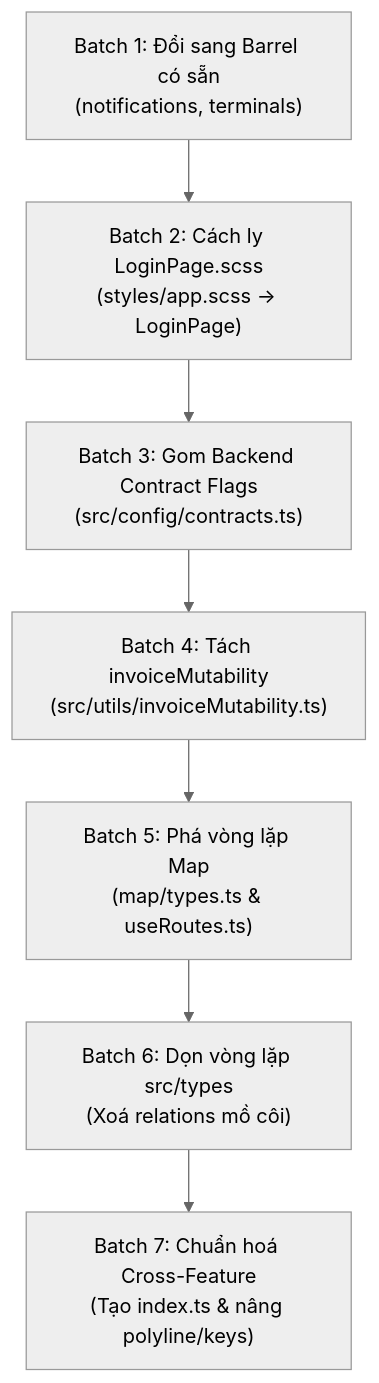
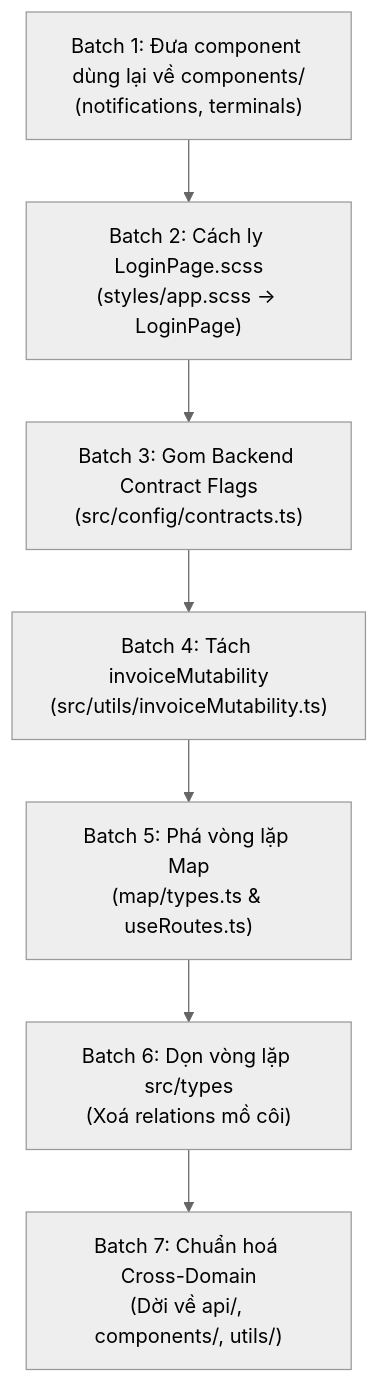
Before and after one commit to dtv245/logictisc-app: the diagram in docs/phien-7-ke-hoach-refactor.md, drawn with Mermaid (neutral theme). The commit also changed other lines of this file and 4 other files, not shown here.

````diff
--- a/docs/phien-7-ke-hoach-refactor.md
+++ b/docs/phien-7-ke-hoach-refactor.md
@@ -204,9 +223,9 @@
 ```mermaid
 flowchart TD
-    B1["Batch 1: Đổi sang Barrel có sẵn\n(notifications, terminals)"] --> B2["Batch 2: Cách ly LoginPage.scss\n(styles/app.scss -> LoginPage)"]
+    B1["Batch 1: Đưa component dùng lại về components/\n(notifications, terminals)"] --> B2["Batch 2: Cách ly LoginPage.scss\n(styles/app.scss -> LoginPage)"]
     B2 --> B3["Batch 3: Gom Backend Contract Flags\n(src/config/contracts.ts)"]
     B3 --> B4["Batch 4: Tách invoiceMutability\n(src/utils/invoiceMutability.ts)"]
     B4 --> B5["Batch 5: Phá vòng lặp Map\n(map/types.ts & useRoutes.ts)"]
     B5 --> B6["Batch 6: Dọn vòng lặp src/types\n(Xoá relations mồ côi)"]
-    B6 --> B7["Batch 7: Chuẩn hoá Cross-Feature\n(Tạo index.ts & nâng polyline/keys)"]
+    B6 --> B7["Batch 7: Chuẩn hoá Cross-Domain\n(Dời về api/, components/, utils/)"]
 ```
````
